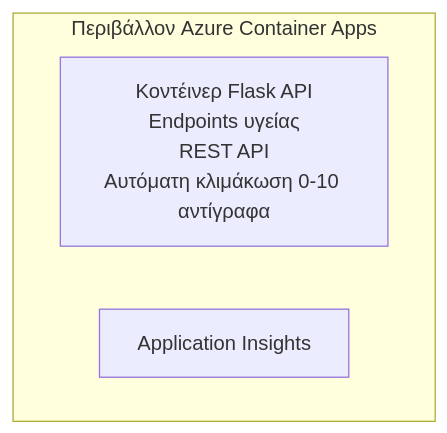
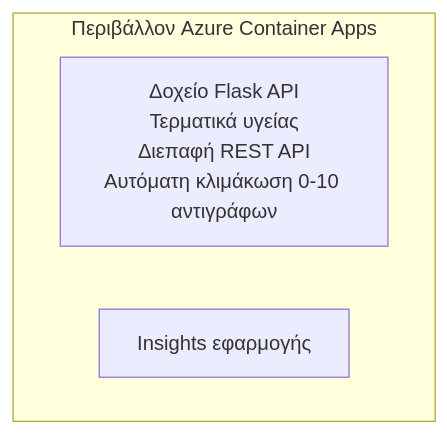
The diagram in translations/el/examples/container-app/simple-flask-api/README.md (microsoft/AZD-for-beginners), drawn with Mermaid before and after one commit. The commit also changed other lines of this file and 104 other files, not shown here.

````diff
--- a/translations/el/examples/container-app/simple-flask-api/README.md
+++ b/translations/el/examples/container-app/simple-flask-api/README.md
@@ -26,7 +26,7 @@
 ```mermaid
 graph TD
     subgraph ACA[Περιβάλλον Azure Container Apps]
-        Flask[Κοντέινερ Flask API<br/>Endpoints υγείας<br/>REST API<br/>Αυτόματη κλιμάκωση 0-10 αντίγραφα]
-        AppInsights[Application Insights]
+        Flask[Δοχείο Flask API<br/>Τερματικά υγείας<br/>Διεπαφή REST API<br/>Αυτόματη κλιμάκωση 0-10 αντιγράφων]
+        AppInsights[Insights εφαρμογής]
     end
 ```
````
